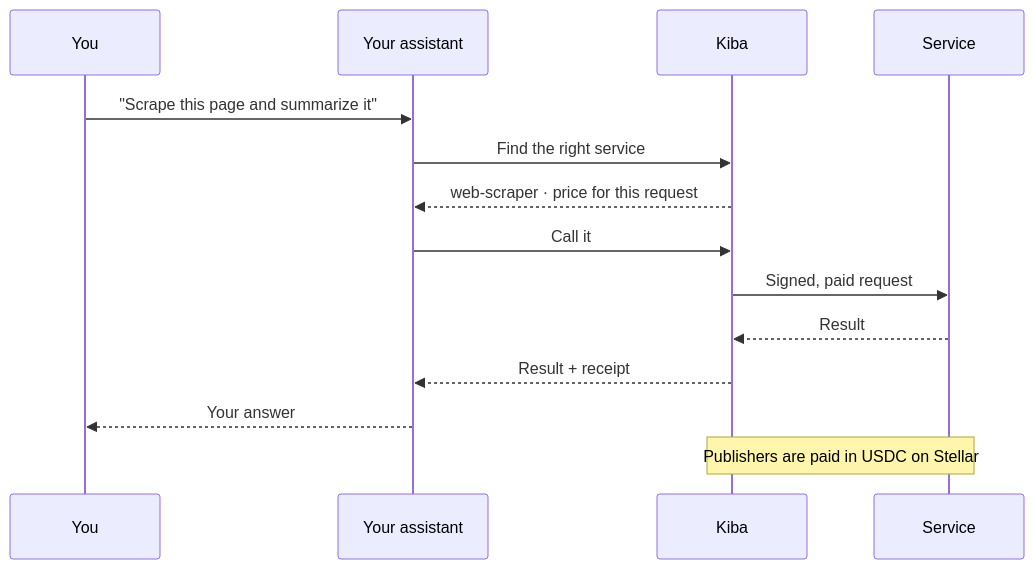
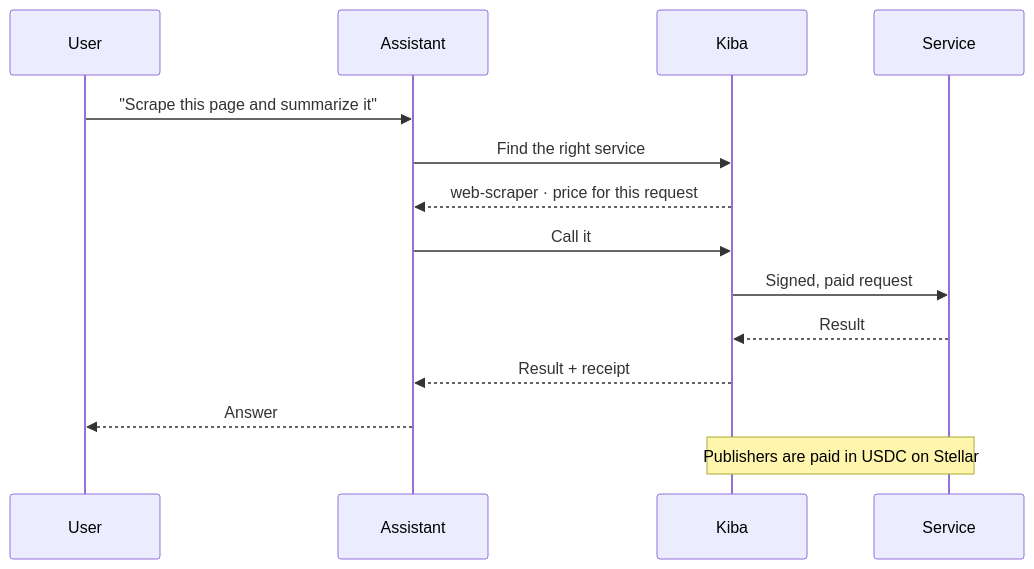
One commit to CoKeFish/kiba changed the diagram in README.md. Above: the diagram before and after it, drawn with Mermaid. The commit also changed other lines of this file, not shown here.

````diff
--- a/README.md
+++ b/README.md
@@ -91,17 +90,17 @@
 ```mermaid
 sequenceDiagram
-    participant U as You
-    participant AI as Your assistant
+    participant U as User
+    participant AI as Assistant
     participant K as Kiba
     participant S as Service
 
     U->>AI: "Scrape this page and summarize it"
     AI->>K: Find the right service
     K-->>AI: web-scraper · price for this request
     AI->>K: Call it
     K->>S: Signed, paid request
     S-->>K: Result
     K-->>AI: Result + receipt
-    AI-->>U: Your answer
+    AI-->>U: Answer
     Note over K,S: Publishers are paid in USDC on Stellar
 ```
````
